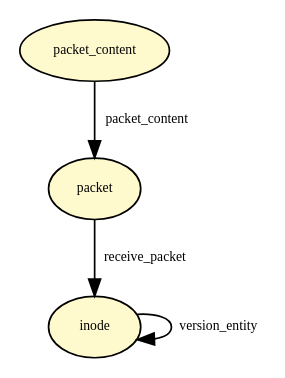
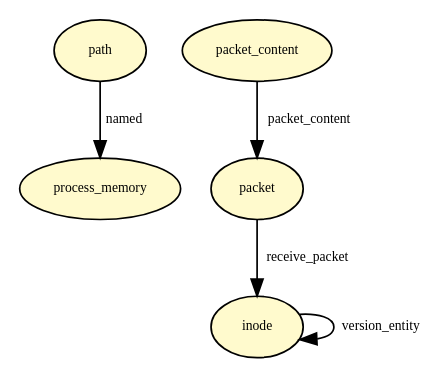
Before and after one commit to CamFlow/camflow-dev: the diagram in docs/dot/socket_sock_rcv_skb.dot, drawn with Graphviz. The commit also changed 52 other files, not shown here.

```diff
--- a/docs/dot/socket_sock_rcv_skb.dot
+++ b/docs/dot/socket_sock_rcv_skb.dot
@@ -1,13 +1,19 @@
-digraph RGL__DirectedAdjacencyGraph {packet_content[fontsize = 8,label = packet_content,shape = ellipse, fillcolor="#fffacd", style = filled]
+digraph RGL__DirectedAdjacencyGraph {path[fontsize = 8,label = path,shape = ellipse, fillcolor="#fffacd", style = filled]
+
+process_memory[fontsize = 8,label = process_memory,shape = ellipse, fillcolor="#fffacd", style = filled]
+
+path -> process_memory[fontsize = 8,label = named]
+
+packet_content[fontsize = 8,label = packet_content,shape = ellipse, fillcolor="#fffacd", style = filled]
 
 packet[fontsize = 8,label = packet,shape = ellipse, fillcolor="#fffacd", style = filled]
 
 packet_content -> packet[fontsize = 8,label = packet_content]
 
 inode[fontsize = 8,label = inode,shape = ellipse, fillcolor="#fffacd", style = filled]
 
 packet -> inode[fontsize = 8,label = receive_packet]
 
 inode -> inode[fontsize = 8,label = version_entity]
 
 }
```
